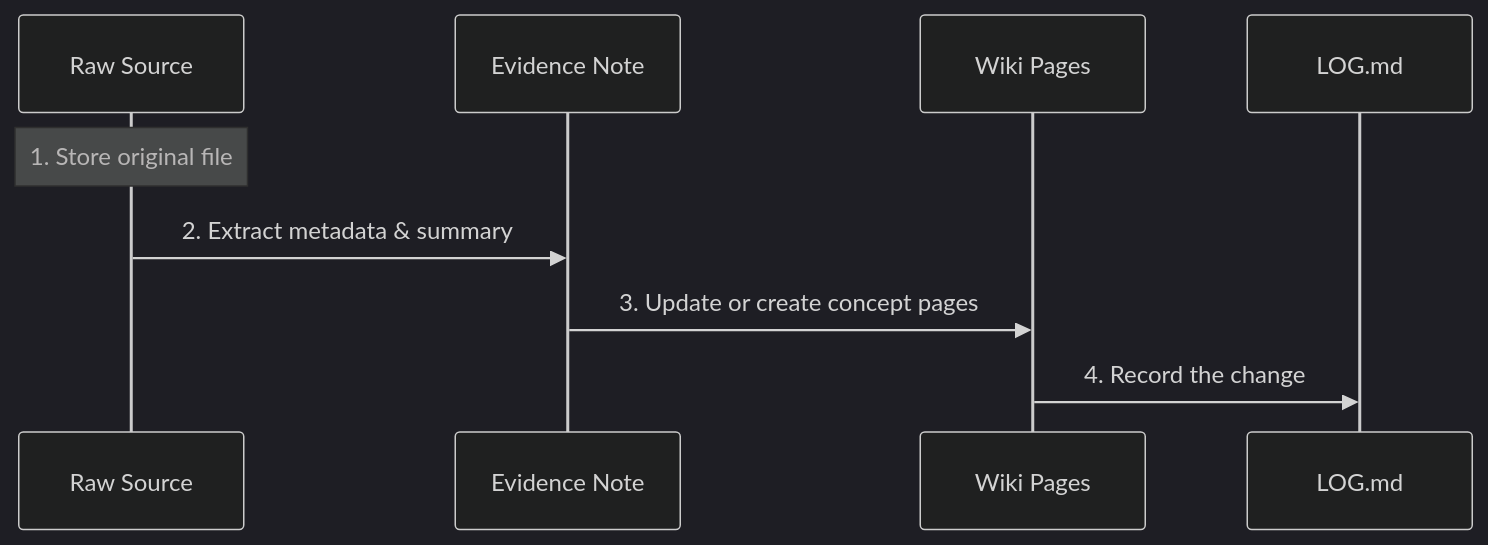
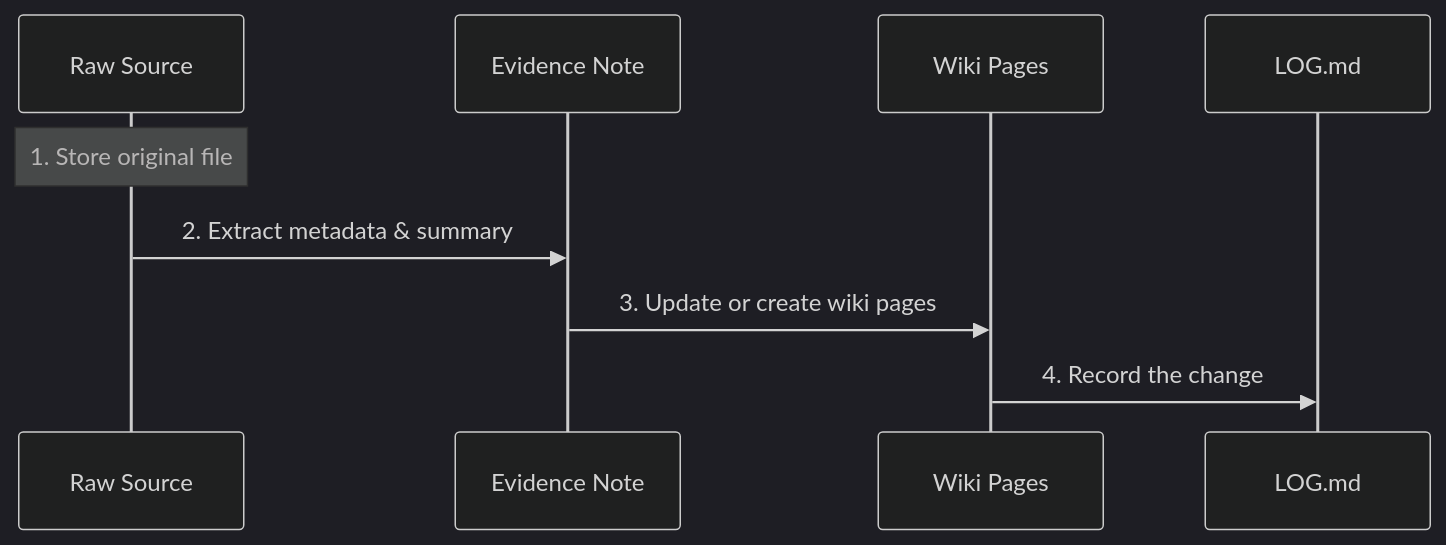
The third of 4 diagrams in README.md (latentarts/memoid), drawn with Mermaid (dark theme) before and after one commit. The commit also changed other lines of this file and 17 other files, not shown here.

````diff
--- a/README.md
+++ b/README.md
@@ -269,12 +234,12 @@
 ```mermaid
 sequenceDiagram
     participant R as Raw Source
     participant E as Evidence Note
     participant W as Wiki Pages
     participant L as LOG.md
 
     Note over R: 1. Store original file
     R->>E: 2. Extract metadata & summary
-    E->>W: 3. Update or create concept pages
+    E->>W: 3. Update or create wiki pages
     W->>L: 4. Record the change
 ```
````
